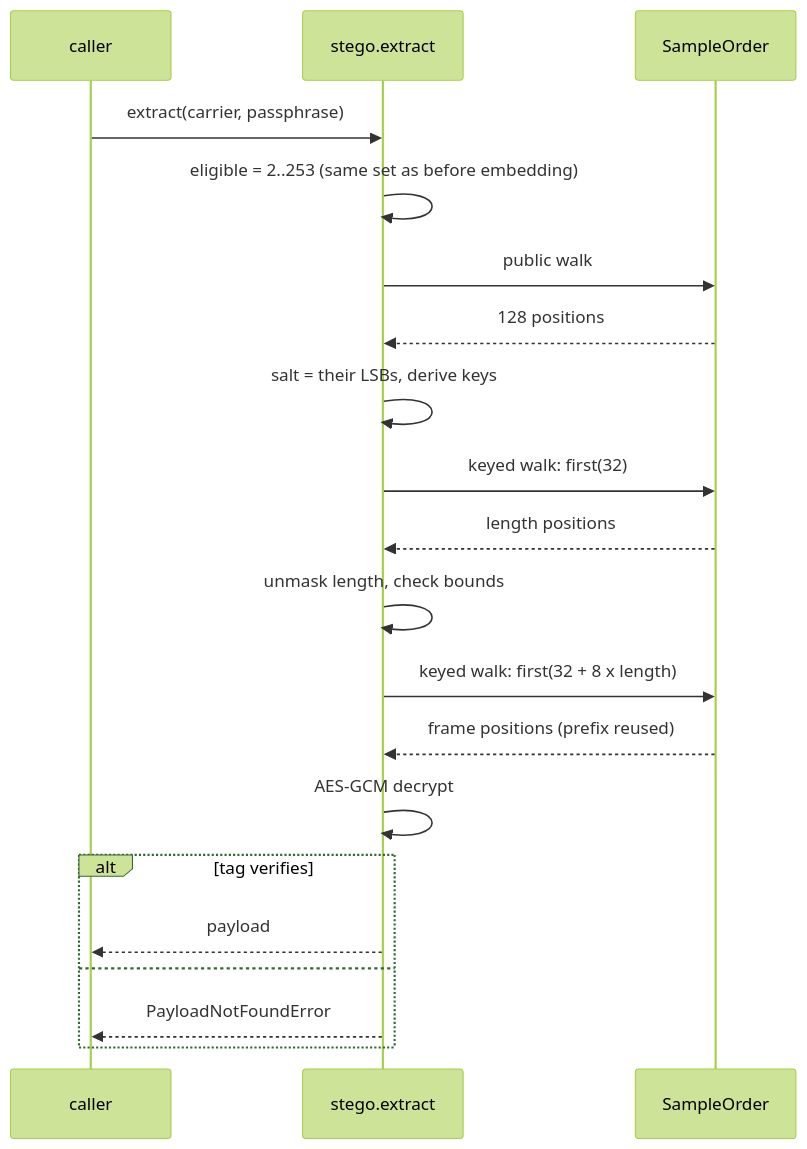
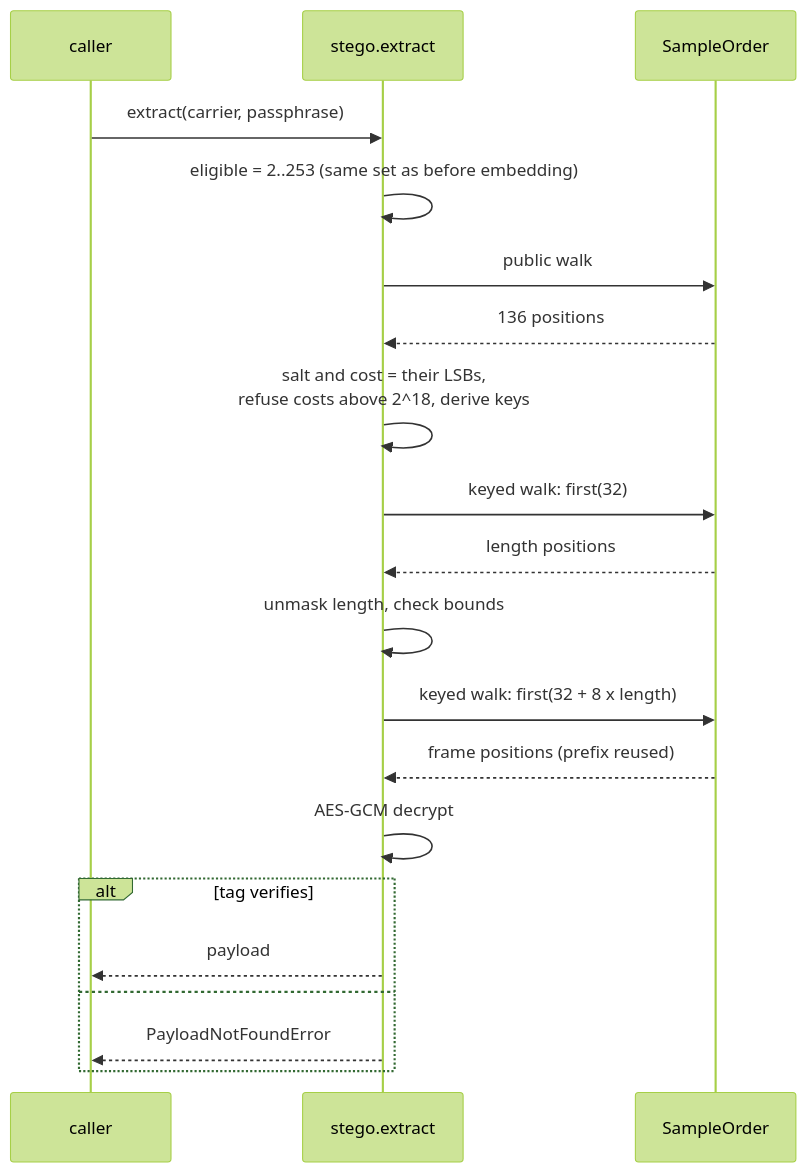
The fourth of 7 diagrams in docs/04-runtime-behaviour.md (Just-Ipavon/shardpix), drawn with Mermaid (forest theme) before and after one commit. The commit also changed other lines of this file and 11 other files, not shown here.

````diff
--- a/docs/04-runtime-behaviour.md
+++ b/docs/04-runtime-behaviour.md
@@ -143,23 +143,23 @@
 ```mermaid
 sequenceDiagram
     participant C as caller
     participant X as stego.extract
     participant W as SampleOrder
 
     C->>X: extract(carrier, passphrase)
     X->>X: eligible = 2..253 (same set as before embedding)
     X->>W: public walk
-    W-->>X: 128 positions
-    X->>X: salt = their LSBs, derive keys
+    W-->>X: 136 positions
+    X->>X: salt and cost = their LSBs,<br/>refuse costs above 2^18, derive keys
     X->>W: keyed walk: first(32)
     W-->>X: length positions
     X->>X: unmask length, check bounds
     X->>W: keyed walk: first(32 + 8 x length)
     W-->>X: frame positions (prefix reused)
     X->>X: AES-GCM decrypt
     alt tag verifies
         X-->>C: payload
     else
         X-->>C: PayloadNotFoundError
     end
 ```
````
